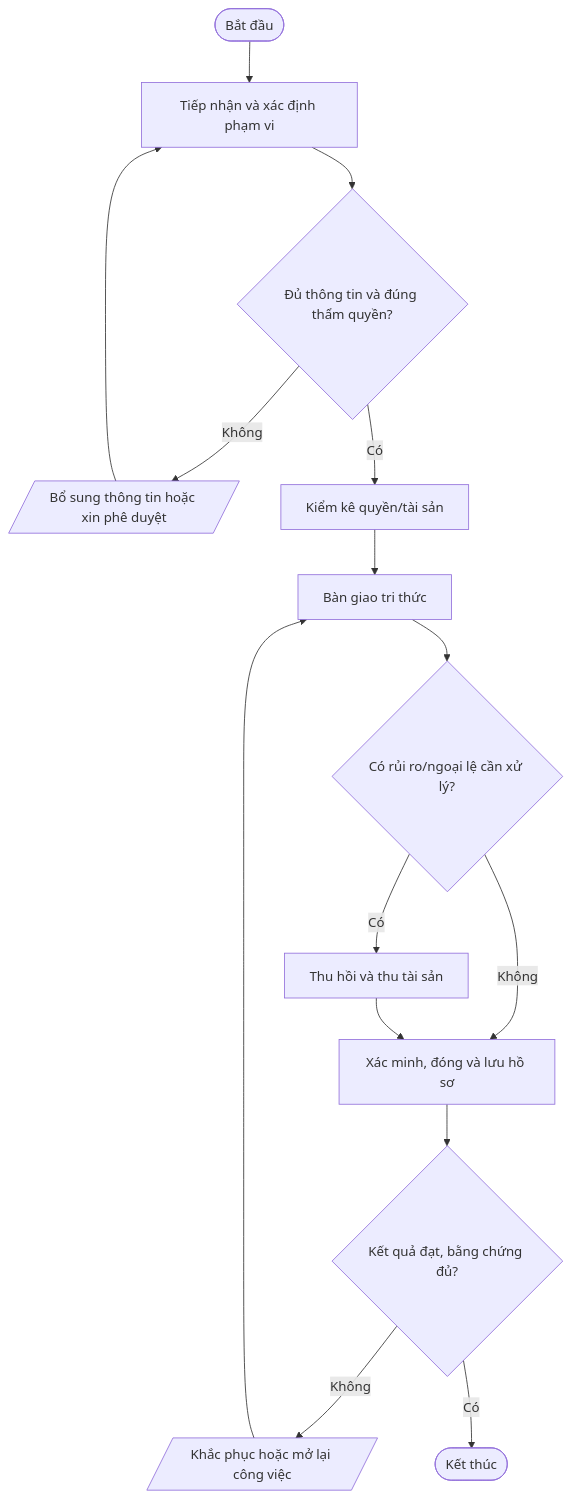
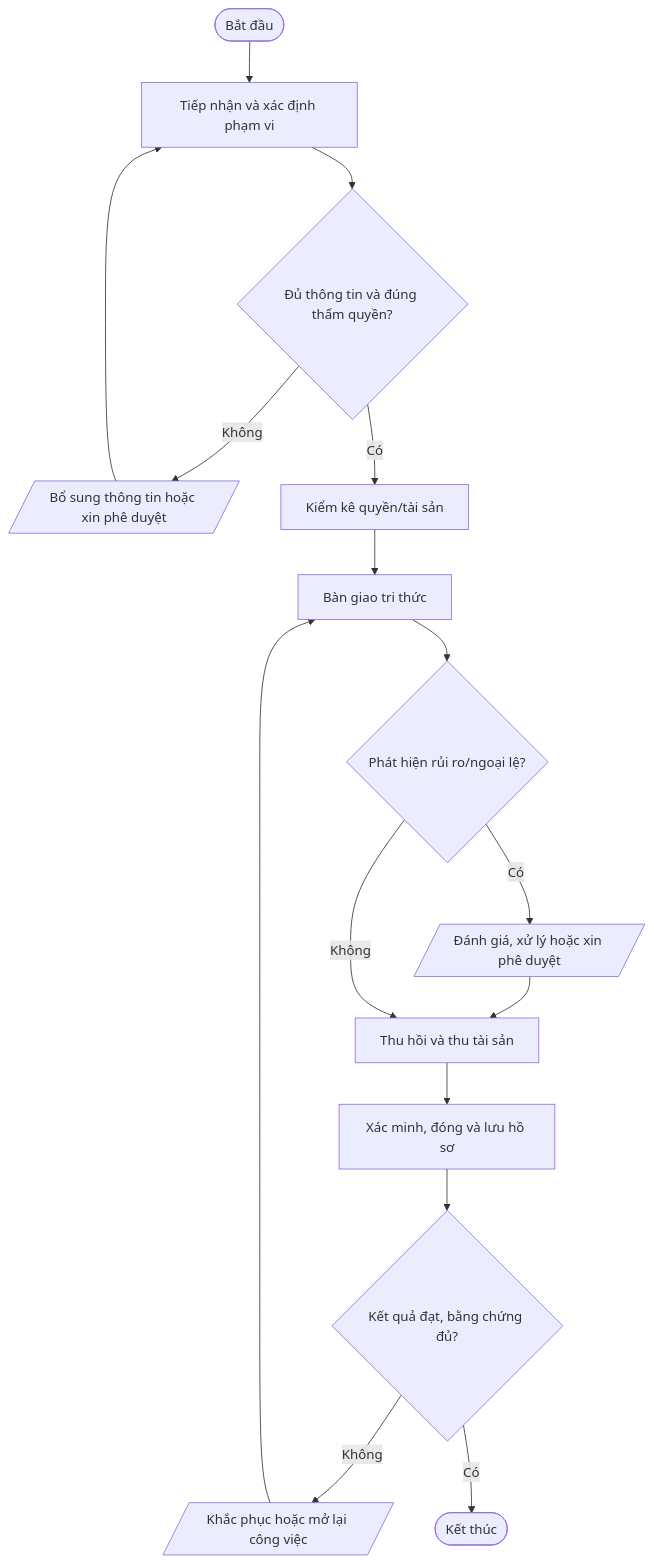
One commit to daoaigiangnam/Quy_Trinh_Chuan changed the third of 5 diagrams in quy-trinh/05-Nhan-su/README.md. Above: the diagram before and after it, drawn with Mermaid. The commit also changed other lines of this file, not shown here.

Commit message:
docs: correct procedure flowchart decision paths

````diff
--- a/quy-trinh/05-Nhan-su/README.md
+++ b/quy-trinh/05-Nhan-su/README.md
@@ -227,17 +229,18 @@
 ```mermaid
 flowchart TD
   A([Bắt đầu]) --> S1["Tiếp nhận và xác định phạm vi"]
   S1 --> D1{"Đủ thông tin và đúng thẩm quyền?"}
   D1 -- Không --> F1[/"Bổ sung thông tin hoặc xin phê duyệt"/]
   F1 --> S1
   D1 -- Có --> S2["Kiểm kê quyền/tài sản"]
   S2 --> S3["Bàn giao tri thức"]
-  S3 --> D2{"Có rủi ro/ngoại lệ cần xử lý?"}
-  D2 -- Có --> S4["Thu hồi và thu tài sản"]
-  D2 -- Không --> S5["Xác minh, đóng và lưu hồ sơ"]
-  S4 --> S5
+  S3 --> D2{"Phát hiện rủi ro/ngoại lệ?"}
+  D2 -- Có --> RISK[/"Đánh giá, xử lý hoặc xin phê duyệt"/]
+  RISK --> S4["Thu hồi và thu tài sản"]
+  D2 -- Không --> S4
+  S4 --> S5["Xác minh, đóng và lưu hồ sơ"]
   S5 --> D3{"Kết quả đạt, bằng chứng đủ?"}
   D3 -- Không --> R[/"Khắc phục hoặc mở lại công việc"/]
   R --> S3
   D3 -- Có --> Z([Kết thúc])
 ```
````
